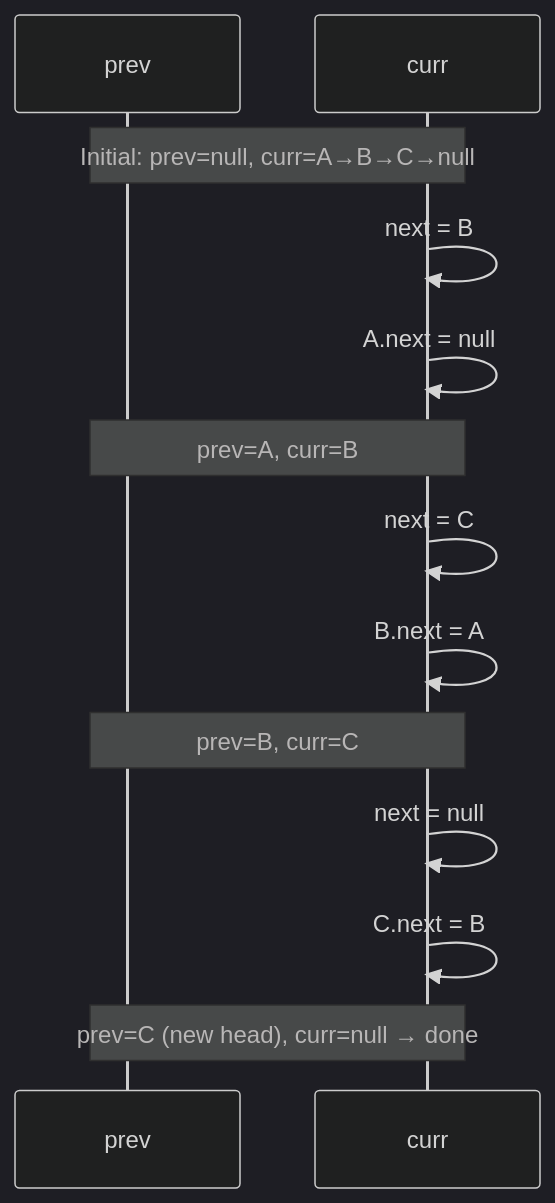
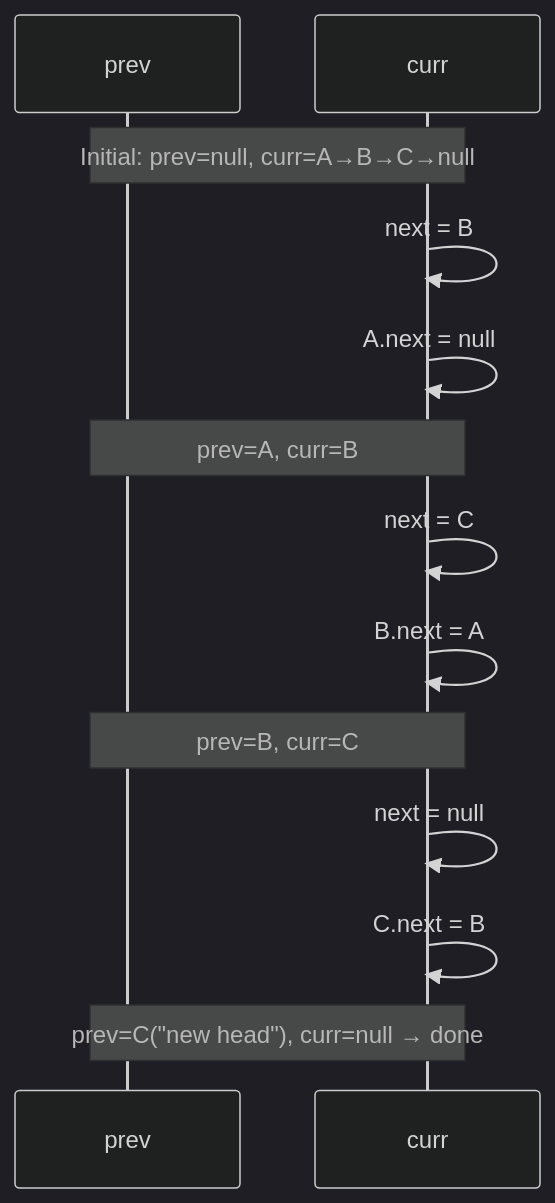
The diagram in content/questions/fundamentals/linked-list-reversal.md (pploc/swe-icon-the-moment), drawn with Mermaid (dark theme) before and after one commit. The commit also changed 167 other files, not shown here.

````diff
--- a/content/questions/fundamentals/linked-list-reversal.md
+++ b/content/questions/fundamentals/linked-list-reversal.md
@@ -28,13 +28,14 @@
 ```mermaid
 sequenceDiagram
     Note over prev,curr: Initial: prev=null, curr=A→B→C→null
     curr->>curr: next = B
     curr->>curr: A.next = null
     Note over prev,curr: prev=A, curr=B
     curr->>curr: next = C
     curr->>curr: B.next = A
     Note over prev,curr: prev=B, curr=C
     curr->>curr: next = null
     curr->>curr: C.next = B
-    Note over prev,curr: prev=C (new head), curr=null → done
+    Note over prev,curr: prev=C("new head"), curr=null → done
+
 ```
````
